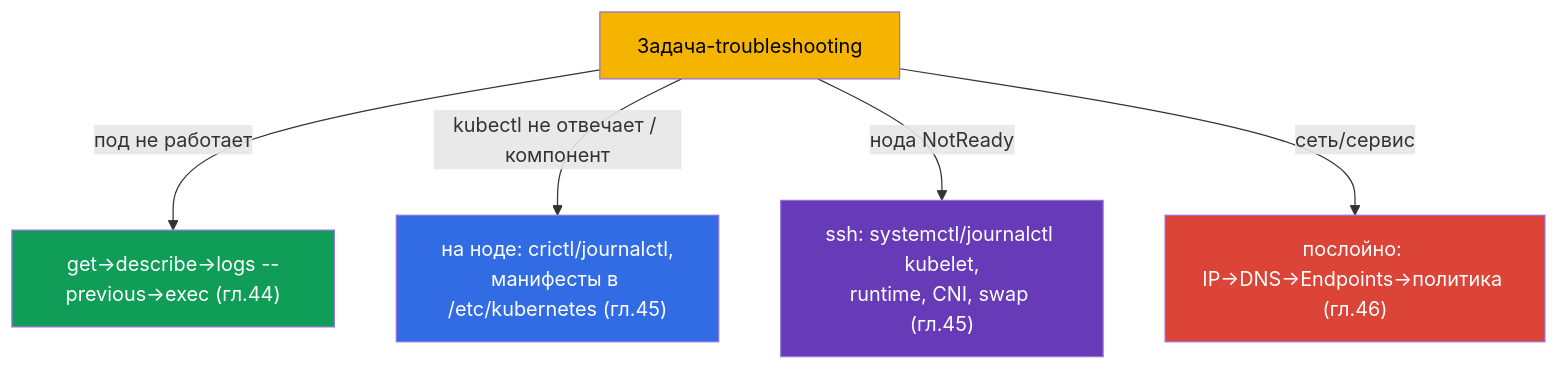
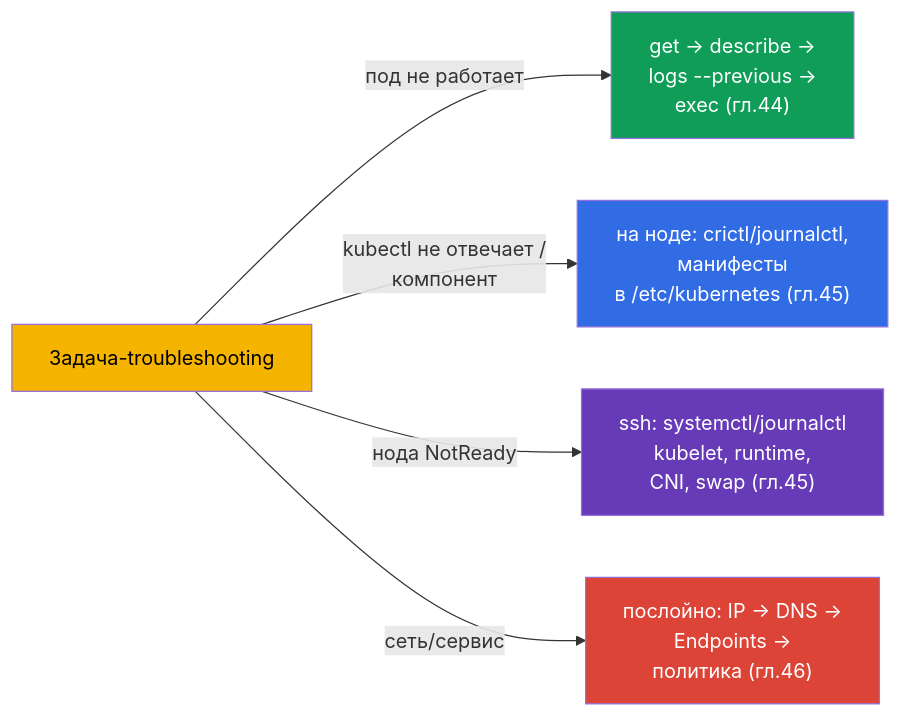
One commit to ViktorUJ/cks changed the fifth of 8 diagrams in tasks/cka/course/48/ru.md. Above: the diagram before and after it, drawn with Mermaid. The commit also changed other lines of this file and 30 other files, not shown here.

````diff
--- a/tasks/cka/course/48/ru.md
+++ b/tasks/cka/course/48/ru.md
@@ -124,13 +121,13 @@
 ```mermaid
-flowchart TB
+flowchart LR
     q["Задача-troubleshooting"]
-    q -->|"под не работает"| pod["get→describe→logs --previous→exec (гл.44)"]
-    q -->|"kubectl не отвечает / компонент"| cp["на ноде: crictl/journalctl,<br>манифесты в /etc/kubernetes (гл.45)"]
-    q -->|"нода NotReady"| node["ssh: systemctl/journalctl kubelet,<br>runtime, CNI, swap (гл.45)"]
-    q -->|"сеть/сервис"| net["послойно: IP→DNS→Endpoints→политика (гл.46)"]
+    q -->|"под не работает"| pod["get → describe →<br>logs --previous →<br>exec (гл.44)"]
+    q -->|"kubectl не отвечает /<br>компонент"| cp["на ноде: crictl/journalctl,<br>манифесты<br>в /etc/kubernetes (гл.45)"]
+    q -->|"нода NotReady"| node["ssh: systemctl/journalctl<br>kubelet, runtime,<br>CNI, swap (гл.45)"]
+    q -->|"сеть/сервис"| net["послойно: IP → DNS →<br>Endpoints →<br>политика (гл.46)"]
     style q fill:#f4b400,color:#000
     style pod fill:#0f9d58,color:#fff
     style cp fill:#326ce5,color:#fff
     style node fill:#673ab7,color:#fff
     style net fill:#db4437,color:#fff
 ```
````
